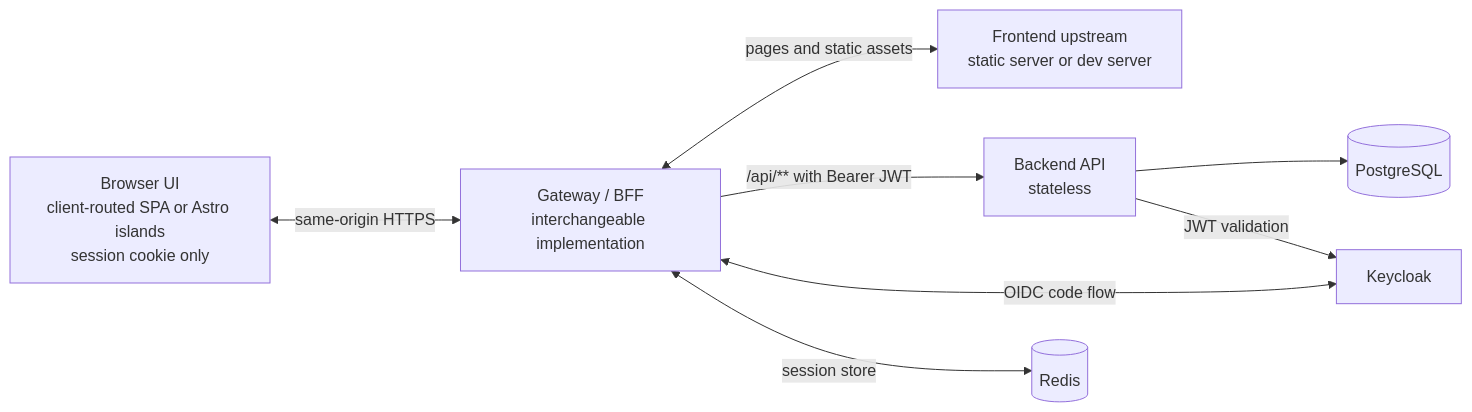
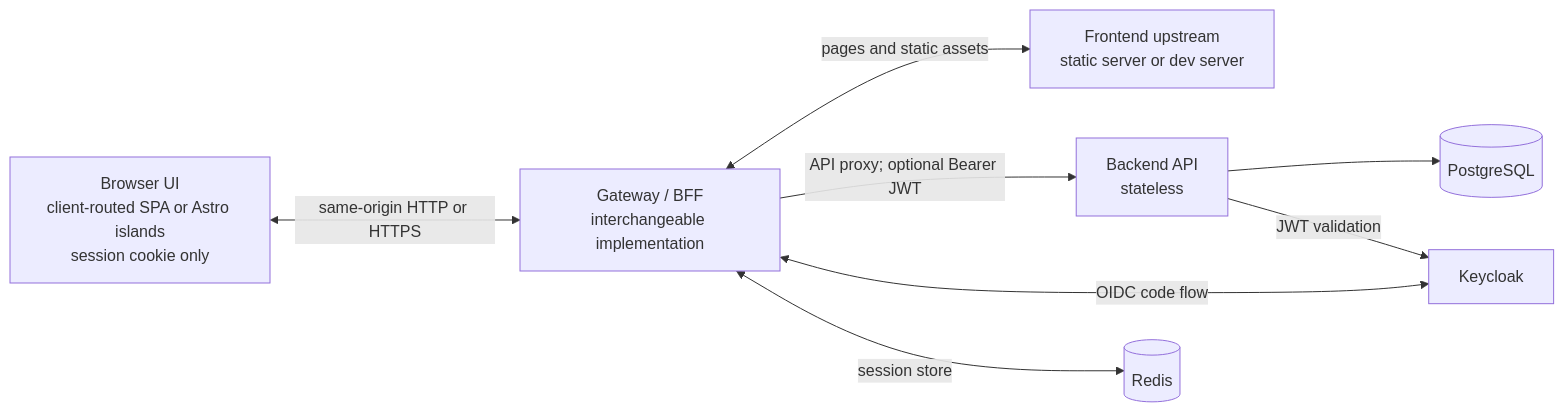
The diagram in README.md (kamkie/stackverse), drawn with Mermaid before and after one commit.

Commit message:
docs: clarify architecture traffic

````diff
--- a/README.md
+++ b/README.md
@@ -47,10 +47,10 @@
 ```mermaid
 flowchart LR
-    B[Browser UI<br/>client-routed SPA or Astro islands<br/>session cookie only] <-->|same-origin HTTPS| G[Gateway / BFF<br/>interchangeable implementation]
+    B[Browser UI<br/>client-routed SPA or Astro islands<br/>session cookie only] <-->|same-origin HTTP or HTTPS| G[Gateway / BFF<br/>interchangeable implementation]
     G <-->|pages and static assets| F[Frontend upstream<br/>static server or dev server]
-    G -->|/api/** with Bearer JWT| A[Backend API<br/>stateless]
+    G -->|API proxy; optional Bearer JWT| A[Backend API<br/>stateless]
     G <-->|OIDC code flow| K[Keycloak]
     G <-->|session store| R[(Redis)]
     A --> P[(PostgreSQL)]
     A -->|JWT validation| K
 ```
````
